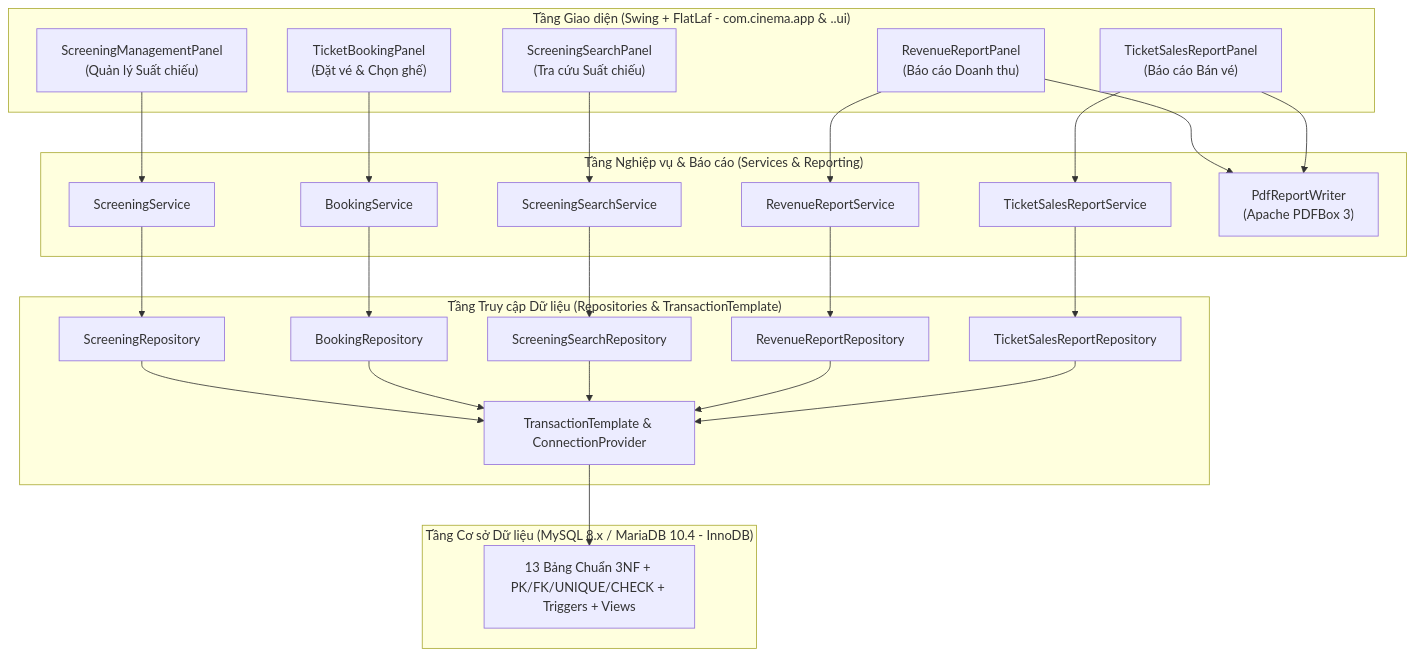
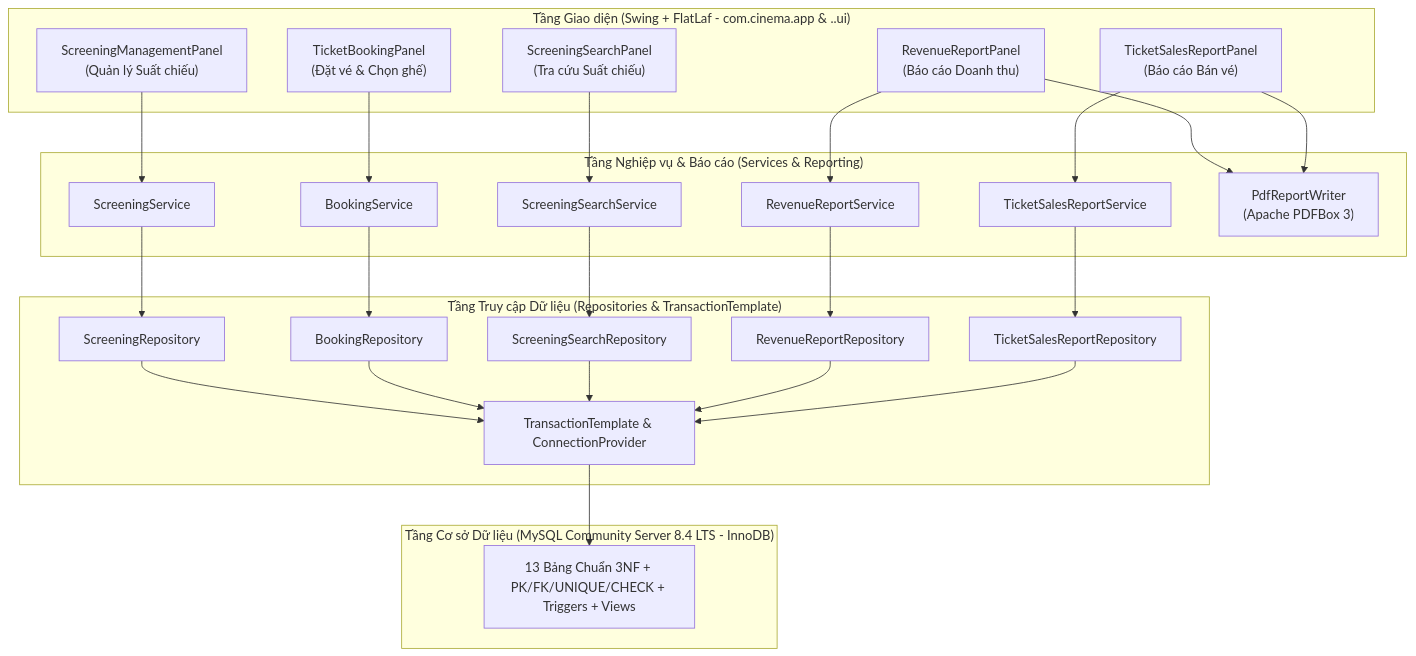
Before and after one commit to lnb2x/quan-ly-chuoi-rap-phim: the diagram in ARCHITECTURE.md, drawn with Mermaid. The commit also changed other lines of this file and 93 other files, not shown here.

Commit message:
feat(mysql-8.4): complete cinema chain management system verified end-to-end on MySQL 8.4.0 LTS

````diff
--- a/ARCHITECTURE.md
+++ b/ARCHITECTURE.md
@@ -7,40 +7,40 @@
 ```mermaid
 flowchart TD
     subgraph UI["Tầng Giao diện (Swing + FlatLaf - com.cinema.app & ..ui)"]
         U1["ScreeningManagementPanel\n(Quản lý Suất chiếu)"]
         U2["TicketBookingPanel\n(Đặt vé & Chọn ghế)"]
         U3["ScreeningSearchPanel\n(Tra cứu Suất chiếu)"]
         U4["RevenueReportPanel\n(Báo cáo Doanh thu)"]
         U5["TicketSalesReportPanel\n(Báo cáo Bán vé)"]
     end
 
     subgraph SVC["Tầng Nghiệp vụ & Báo cáo (Services & Reporting)"]
         S1["ScreeningService"]
         S2["BookingService"]
         S3["ScreeningSearchService"]
         S4["RevenueReportService"]
         S5["TicketSalesReportService"]
         PDF["PdfReportWriter\n(Apache PDFBox 3)"]
     end
 
     subgraph REPO["Tầng Truy cập Dữ liệu (Repositories & TransactionTemplate)"]
         R1["ScreeningRepository"]
         R2["BookingRepository"]
         R3["ScreeningSearchRepository"]
         R4["RevenueReportRepository"]
         R5["TicketSalesReportRepository"]
         TX["TransactionTemplate & ConnectionProvider"]
     end
 
-    subgraph DB["Tầng Cơ sở Dữ liệu (MySQL 8.x / MariaDB 10.4 - InnoDB)"]
+    subgraph DB["Tầng Cơ sở Dữ liệu (MySQL Community Server 8.4 LTS - InnoDB)"]
         DDL["13 Bảng Chuẩn 3NF + PK/FK/UNIQUE/CHECK + Triggers + Views"]
     end
 
     U1 --> S1 --> R1 --> TX
     U2 --> S2 --> R2 --> TX
     U3 --> S3 --> R3 --> TX
     U4 --> S4 --> R4 --> TX
     U5 --> S5 --> R5 --> TX
     U4 & U5 --> PDF
     TX --> DDL
 ```
````
